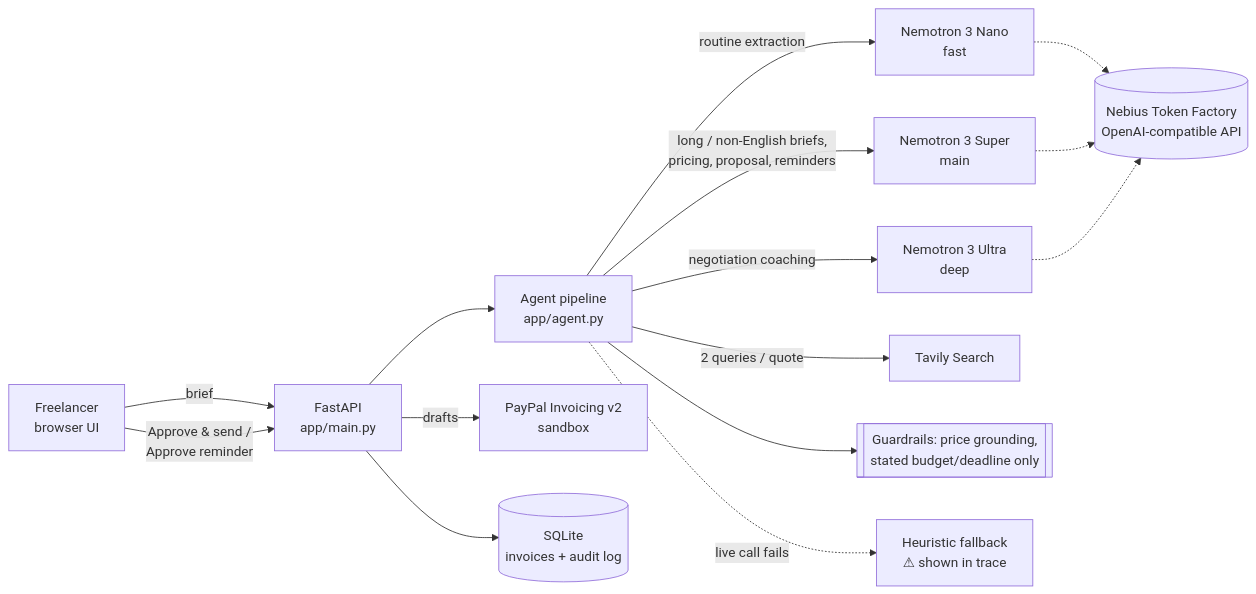
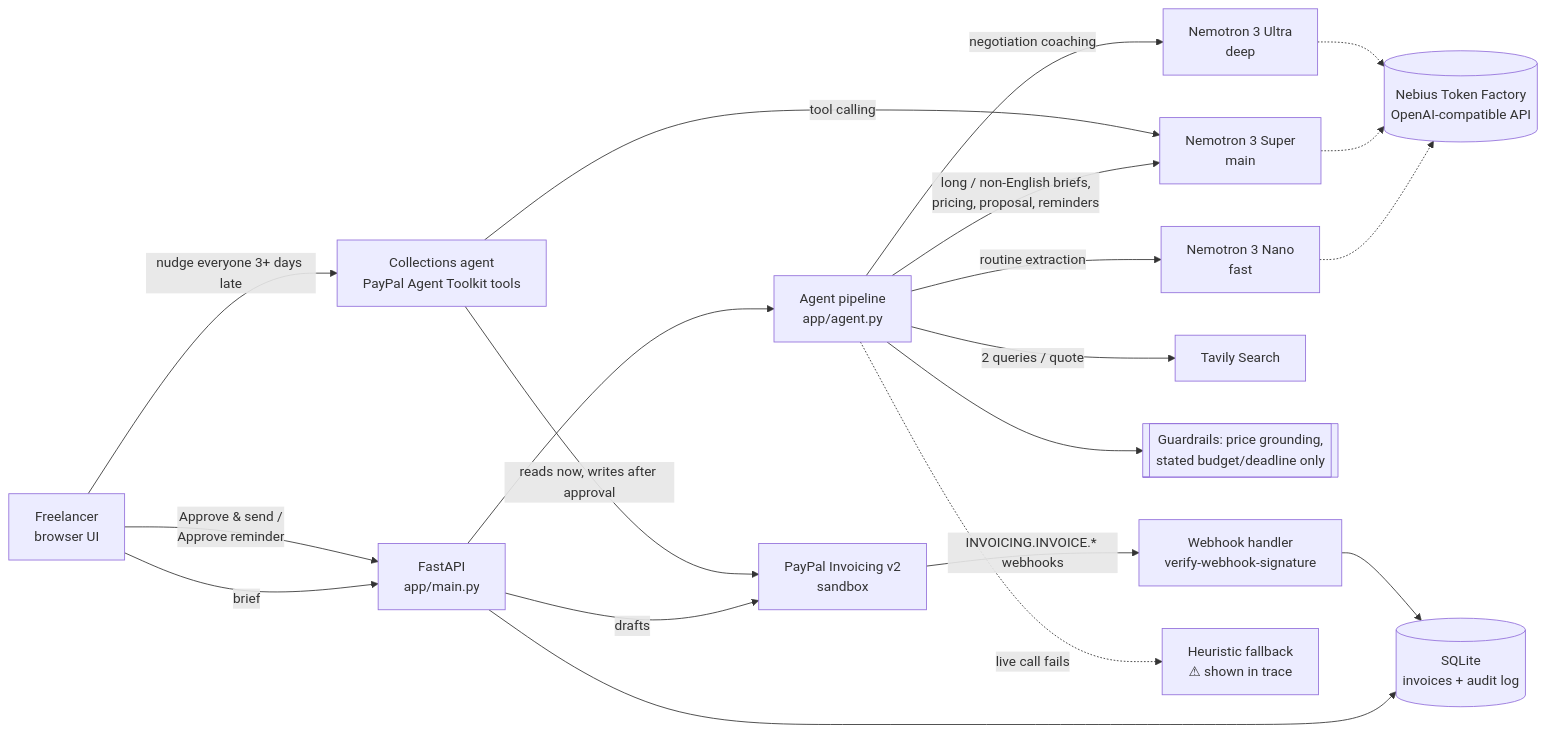
One commit to 552135371/scope2cash changed the diagram in README.md. Above: the diagram before and after it, drawn with Mermaid. The commit also changed other lines of this file, not shown here.

Commit message:
README: PayPal webhooks, Agent Toolkit agent, AG Grid pipeline, webhook setup

````diff
--- a/README.md
+++ b/README.md
@@ -106,15 +145,20 @@
 ```mermaid
 flowchart LR
   U[Freelancer<br/>browser UI] -->|brief| API[FastAPI<br/>app/main.py]
   API --> AG[Agent pipeline<br/>app/agent.py]
   AG -->|routine extraction| NANO[Nemotron 3 Nano<br/>fast]
   AG -->|long / non-English briefs,<br/>pricing, proposal, reminders| SUPER[Nemotron 3 Super<br/>main]
   AG -->|negotiation coaching| ULTRA[Nemotron 3 Ultra<br/>deep]
   NANO & SUPER & ULTRA -.-> TF[(Nebius Token Factory<br/>OpenAI-compatible API)]
   AG -->|2 queries / quote| TAV[Tavily Search]
   AG --> GR[[Guardrails: price grounding,<br/>stated budget/deadline only]]
   API -->|drafts| PP[PayPal Invoicing v2<br/>sandbox]
   U -->|Approve & send /<br/>Approve reminder| API
   API --> DB[(SQLite<br/>invoices + audit log)]
+  PP -->|INVOICING.INVOICE.* webhooks| WH[Webhook handler<br/>verify-webhook-signature]
+  WH --> DB
+  U -->|"nudge everyone 3+ days late"| CA[Collections agent<br/>PayPal Agent Toolkit tools]
+  CA -->|tool calling| SUPER
+  CA -->|reads now, writes after approval| PP
   AG -. live call fails .-> FB[Heuristic fallback<br/>⚠ shown in trace]
 ```
````
